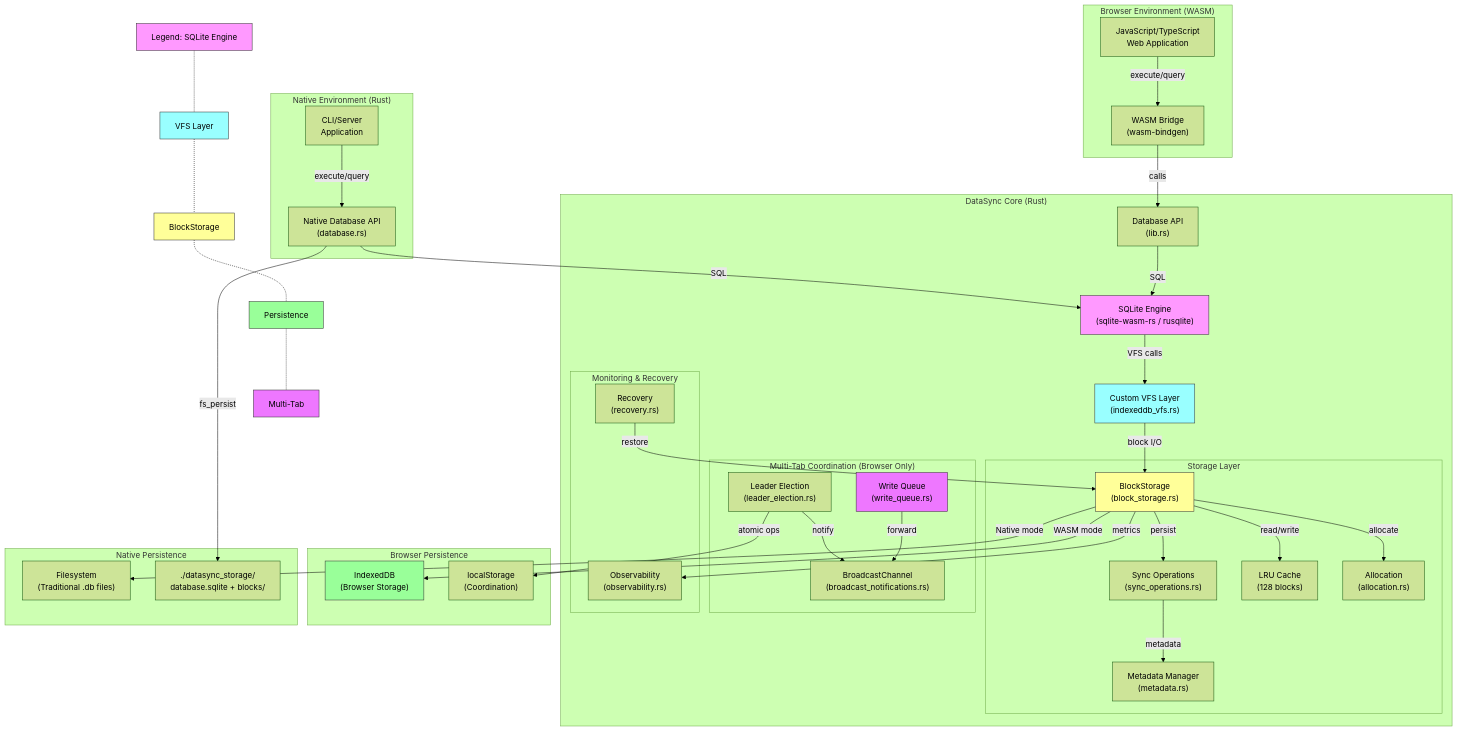
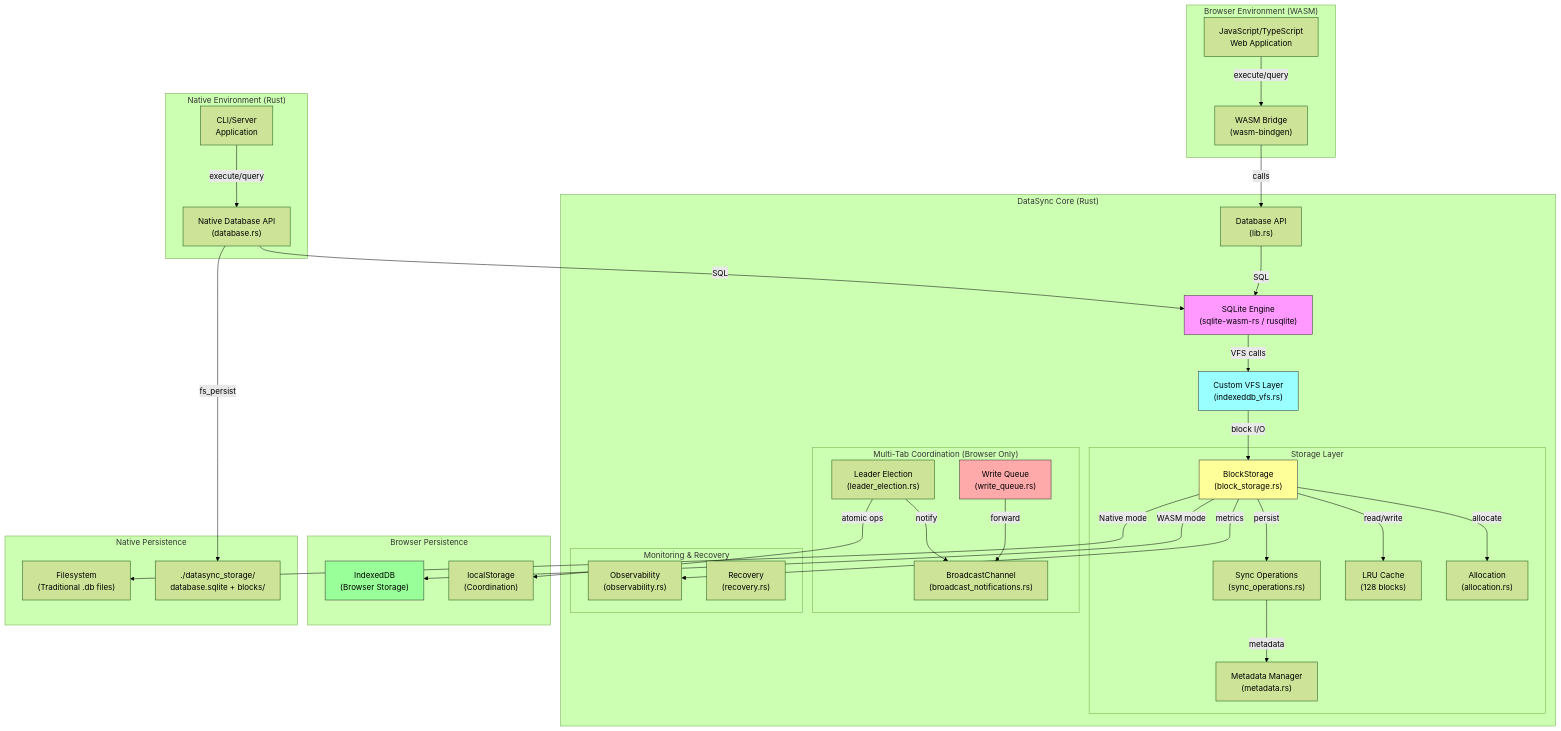
Before and after one commit to npiesco/absurder-sql: the diagram in README.md, drawn with Mermaid (forest theme). The commit also changed other lines of this file, not shown here.

Commit message:
docs: Change Multi-Tab color from purple to red for better distinction

````diff
--- a/README.md
+++ b/README.md
@@ -25,80 +25,72 @@
 ```mermaid
 graph TB
-    L1["Legend: SQLite Engine"] -.- L2["VFS Layer"] -.- L3["BlockStorage"] -.- L4["Persistence"] -.- L5["Multi-Tab"]
-    
     subgraph "Browser Environment (WASM)"
         JS["JavaScript/TypeScript<br/>Web Application"]
         WASM["WASM Bridge<br/>(wasm-bindgen)"]
     end
     
     subgraph "Native Environment (Rust)"
         CLI["CLI/Server<br/>Application"]
         NATIVE_DB["Native Database API<br/>(database.rs)"]
     end
     
     subgraph "DataSync Core (Rust)"
         DB["Database API<br/>(lib.rs)"]
         SQLITE["SQLite Engine<br/>(sqlite-wasm-rs / rusqlite)"]
         VFS["Custom VFS Layer<br/>(indexeddb_vfs.rs)"]
         
         subgraph "Storage Layer"
             BS["BlockStorage<br/>(block_storage.rs)"]
             SYNC["Sync Operations<br/>(sync_operations.rs)"]
             META["Metadata Manager<br/>(metadata.rs)"]
             CACHE["LRU Cache<br/>(128 blocks)"]
             ALLOC["Allocation<br/>(allocation.rs)"]
         end
         
         subgraph "Multi-Tab Coordination (Browser Only)"
             LEADER["Leader Election<br/>(leader_election.rs)"]
             BCAST["BroadcastChannel<br/>(broadcast_notifications.rs)"]
             QUEUE["Write Queue<br/>(write_queue.rs)"]
         end
         
         subgraph "Monitoring & Recovery"
             OBS["Observability<br/>(observability.rs)"]
             RECOVERY["Recovery<br/>(recovery.rs)"]
         end
     end
     
     subgraph "Browser Persistence"
         INDEXEDDB["IndexedDB<br/>(Browser Storage)"]
         LOCALSTORAGE["localStorage<br/>(Coordination)"]
     end
     
     subgraph "Native Persistence"
         FILESYSTEM["Filesystem<br/>(Traditional .db files)"]
         BLOCKS["./datasync_storage/<br/>database.sqlite + blocks/"]
     end
     
     JS -->|execute/query| WASM
     WASM -->|calls| DB
     CLI -->|execute/query| NATIVE_DB
     NATIVE_DB -->|SQL| SQLITE
     DB -->|SQL| SQLITE
     SQLITE -->|VFS calls| VFS
     VFS -->|block I/O| BS
     BS -->|read/write| CACHE
     BS -->|allocate| ALLOC
     BS -->|persist| SYNC
     SYNC -->|metadata| META
     BS -->|"WASM mode"| INDEXEDDB
     BS -->|"Native mode"| FILESYSTEM
     NATIVE_DB -->|"fs_persist"| BLOCKS
     BS -->|metrics| OBS
     LEADER -->|atomic ops| LOCALSTORAGE
     LEADER -->|notify| BCAST
     QUEUE -->|forward| BCAST
-    RECOVERY -->|restore| BS
     
     style SQLITE fill:#f9f,stroke:#333,color:#000
     style VFS fill:#9ff,stroke:#333,color:#000
     style BS fill:#ff9,stroke:#333,color:#000
     style INDEXEDDB fill:#9f9,stroke:#333,color:#000
-    style QUEUE fill:#e7f,stroke:#333,color:#000
-    style L1 fill:#f9f,stroke:#333,color:#000
-    style L2 fill:#9ff,stroke:#333,color:#000
-    style L3 fill:#ff9,stroke:#333,color:#000
-    style L4 fill:#9f9,stroke:#333,color:#000
-    style L5 fill:#e7f,stroke:#333,color:#000
+    style QUEUE fill:#faa,stroke:#333,color:#000
 ```
````
